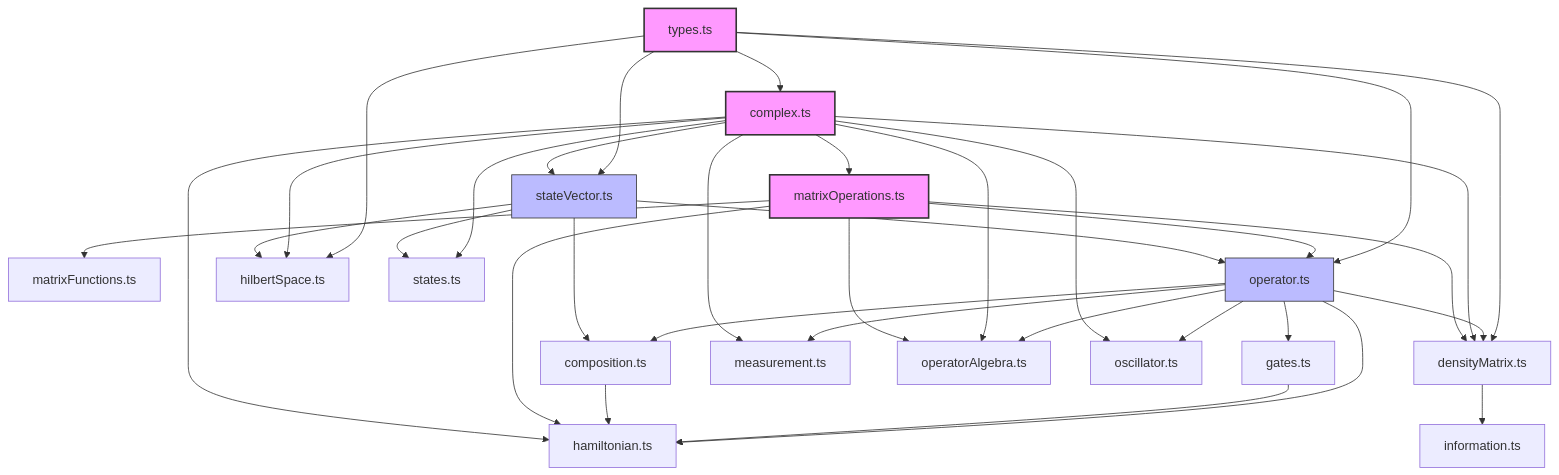
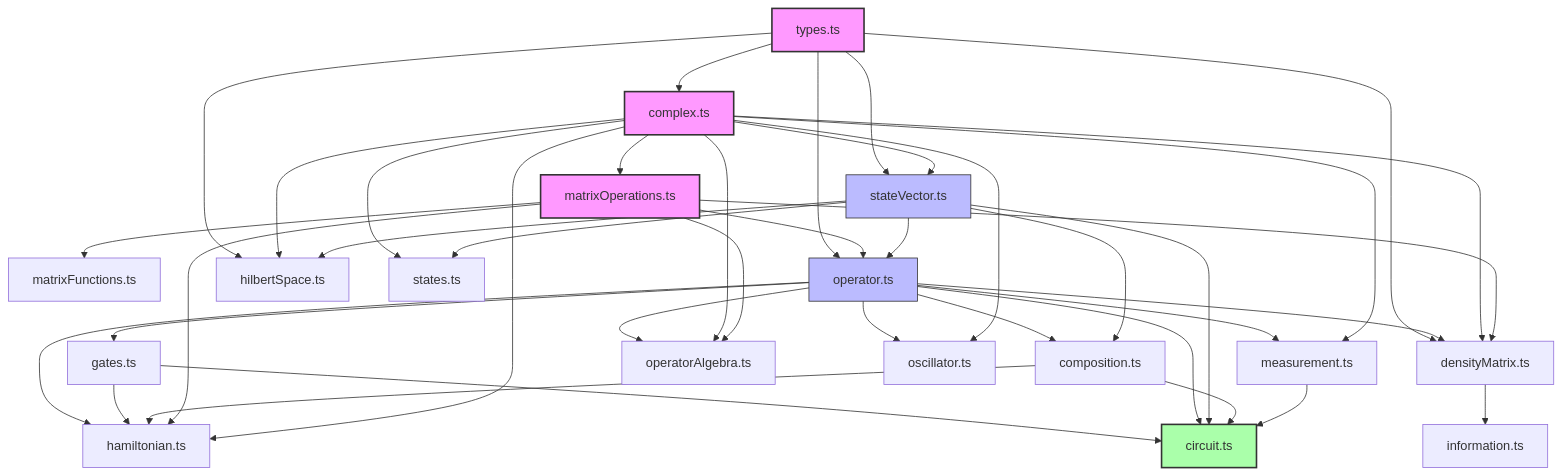
One commit to space-cadet/spin_network_app changed the diagram in memory-bank/implementation-details/standalone-lib-quantum-plan.md. Above: the diagram before and after it, drawn with Mermaid. The commit also changed other lines of this file and 6 other files, not shown here.

First line of the commit message:
feat: Implement Quantum Circuit Module (T61) and enhance quantum library examples (T57)

````diff
--- a/memory-bank/implementation-details/standalone-lib-quantum-plan.md
+++ b/memory-bank/implementation-details/standalone-lib-quantum-plan.md
@@ -919,42 +1214,51 @@
 ```mermaid
 graph TD
     types[types.ts] --> complex[complex.ts]
     complex --> matrixOperations[matrixOperations.ts]
     matrixOperations --> matrixFunctions[matrixFunctions.ts]
     types --> stateVector[stateVector.ts]
     complex --> stateVector
     types --> operator[operator.ts]
     matrixOperations --> operator
     stateVector --> operator
     operator --> gates[gates.ts]
     operator --> composition[composition.ts]
     stateVector --> composition
     types --> densityMatrix[densityMatrix.ts]
     operator --> densityMatrix
     complex --> densityMatrix
     matrixOperations --> densityMatrix
     densityMatrix --> information[information.ts]
     operator --> hamiltonian[hamiltonian.ts]
     gates --> hamiltonian
     composition --> hamiltonian
     matrixOperations --> hamiltonian
     complex --> hamiltonian
     types --> hilbertSpace[hilbertSpace.ts]
     complex --> hilbertSpace
     stateVector --> hilbertSpace
     operator --> measurement[measurement.ts]
     complex --> measurement
     operator --> operatorAlgebra[operatorAlgebra.ts]
     complex --> operatorAlgebra
     matrixOperations --> operatorAlgebra
     operator --> oscillator[oscillator.ts]
     complex --> oscillator
     complex --> states[states.ts]
     stateVector --> states
+    
+    %% Circuit module dependencies
+    gates --> circuit[circuit.ts]
+    operator --> circuit
+    stateVector --> circuit
+    composition --> circuit
+    measurement --> circuit
 
     %% Styling
     classDef core fill:#f9f,stroke:#333,stroke-width:2px;
     classDef dependent fill:#bbf,stroke:#333,stroke-width:1px;
+    classDef new fill:#afa,stroke:#333,stroke-width:2px;
     class types,complex,matrixOperations core;
     class stateVector,operator dependent;
+    class circuit new;
 ```
````
